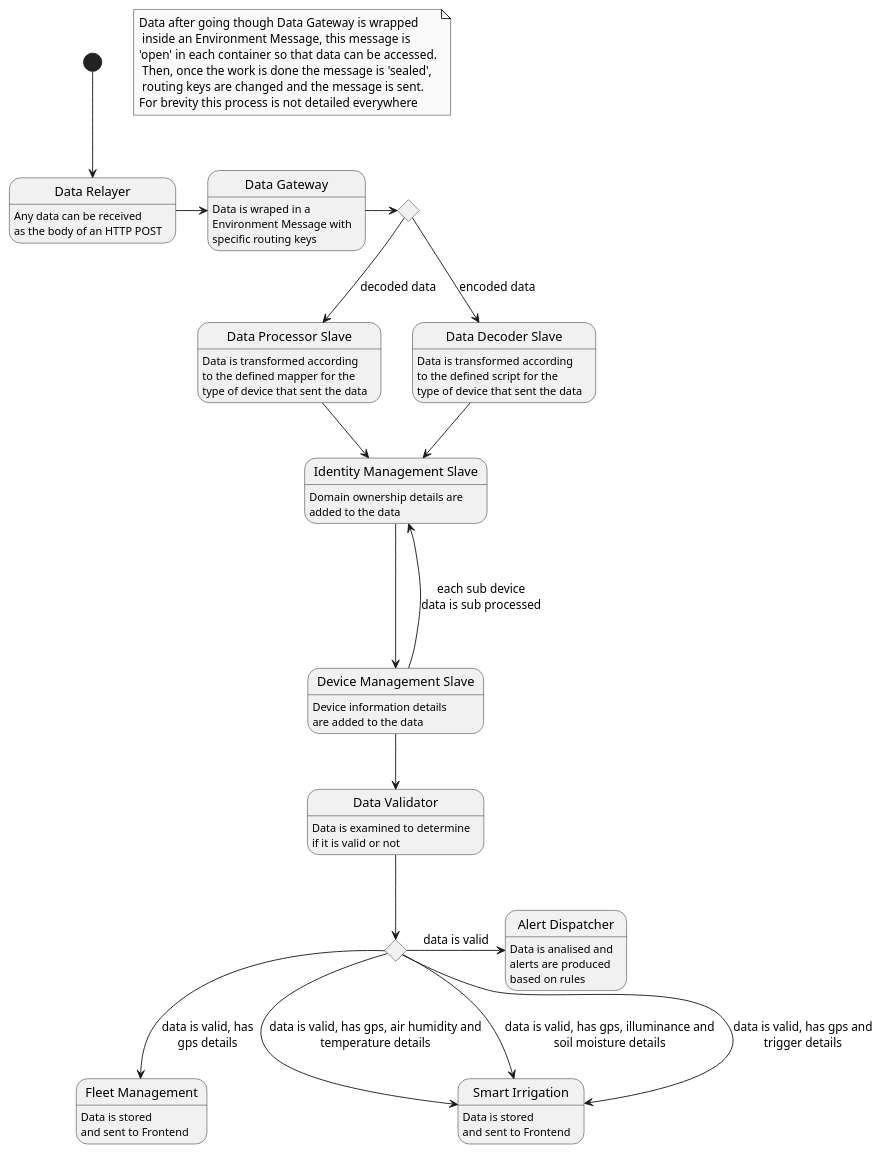
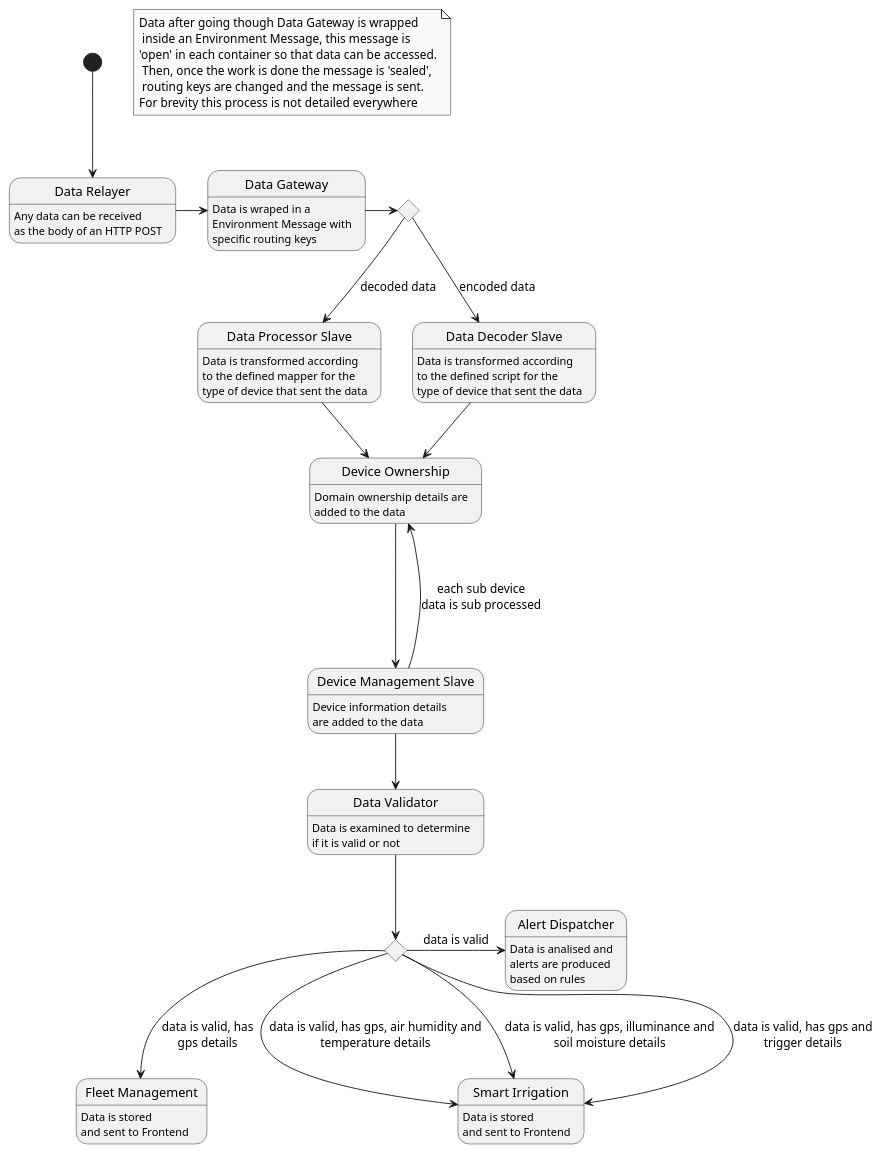
One commit to FilipeMCruz/sensae-console changed the diagram in docs/flow/diagrams/data-flow.pu. Above: the diagram before and after it, drawn with PlantUML. The commit also changed 13 other files, not shown here.

```diff
--- a/docs/flow/diagrams/data-flow.pu
+++ b/docs/flow/diagrams/data-flow.pu
@@ -1,78 +1,78 @@
 @startuml data-flow
-'left to right direction
+
 skinparam Monochrome true
 
 note "Data after going though Data Gateway is wrapped\n inside an Environment Message, this message is\n'open' in each container so that data can be accessed.\n Then, once the work is done the message is 'sealed',\n routing keys are changed and the message is sent.\nFor brevity this process is not detailed everywhere" as N1
 
 state "Data Relayer" as DataRelayer
 state "Data Gateway" as DataGateway
 state decoded_or_encoded <<choice>>
 state "Data Processor Slave" as Processor
 state "Data Decoder Slave" as Decoder
-state "Identity Management Slave" as Identity
+state "Device Ownership" as Identity
 state "Data Validator" as Validator
-state "Device Management Slave" as Records
+state "Device Management Slave" as Device
 state data_type <<choice>>
 state "Fleet Management" as Fleet
 state "Smart Irrigation" as Irrigation
 state "Alert Dispatcher" as Alert
 
 DataRelayer : Any data can be received
 DataRelayer : as the body of an HTTP POST
 
 DataGateway : Data is wraped in a
 DataGateway : Environment Message with
 DataGateway : specific routing keys
 
 Processor : Data is transformed according
 Processor : to the defined mapper for the
 Processor : type of device that sent the data
 
 Decoder : Data is transformed according
 Decoder : to the defined script for the
 Decoder : type of device that sent the data
 
 Identity : Domain ownership details are
 Identity : added to the data
 
 Validator : Data is examined to determine
 Validator : if it is valid or not
 
-Records : Device information details
-Records : are added to the data
+Device : Device information details
+Device : are added to the data
 
 Fleet : Data is stored
 Fleet : and sent to Frontend
 
 Irrigation: Data is stored
 Irrigation: and sent to Frontend
 
 Alert: Data is analised and
 Alert: alerts are produced
 Alert: based on rules
 
 [*] --> DataRelayer
 DataRelayer -> DataGateway
 DataGateway -> decoded_or_encoded
 decoded_or_encoded --> Processor : decoded data
 decoded_or_encoded --> Decoder : encoded data
 Decoder --> Identity
 Processor --> Identity
 
-Identity -> Records
+Identity -> Device
 
-Records --> Validator
+Device --> Validator
 
-Records ---> Identity : each sub device\ndata is sub processed
+Device ---> Identity : each sub device\ndata is sub processed
 
 Validator --> data_type
 
 data_type --> Fleet : data is valid, has\ngps details
 
 data_type --> Irrigation : data is valid, has gps, air humidity and\ntemperature details
 data_type --> Irrigation : data is valid, has gps, illuminance and\nsoil moisture details
 data_type --> Irrigation : data is valid, has gps and\ntrigger details
 
 data_type -> Alert : data is valid
 
 @enduml
```
